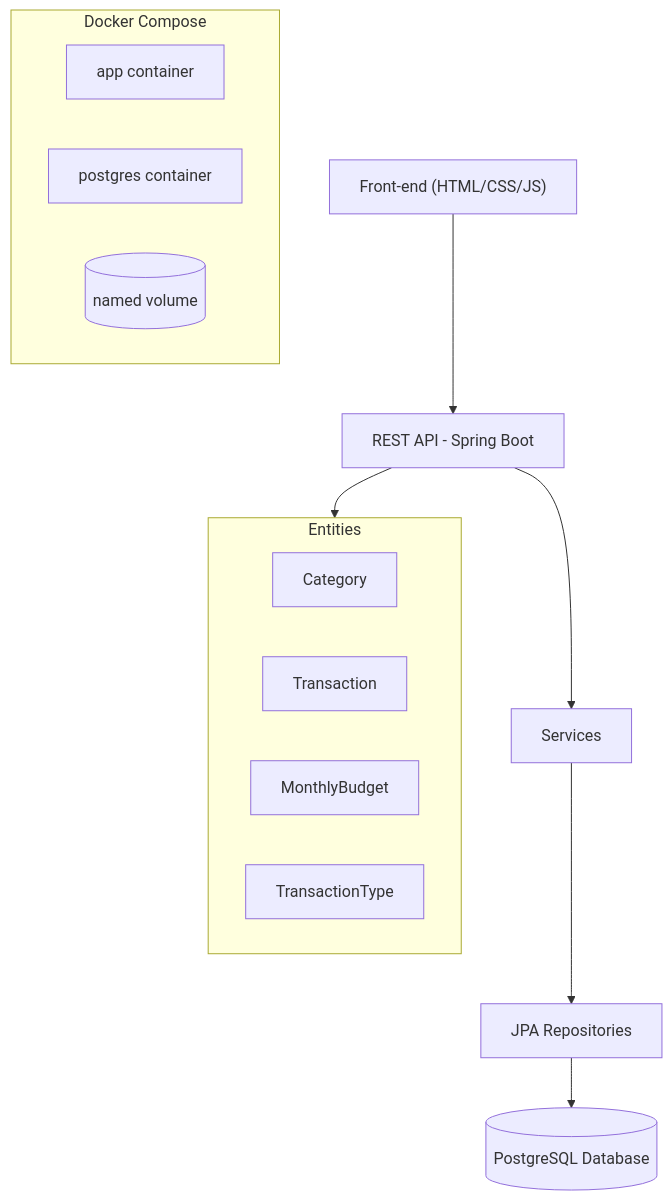
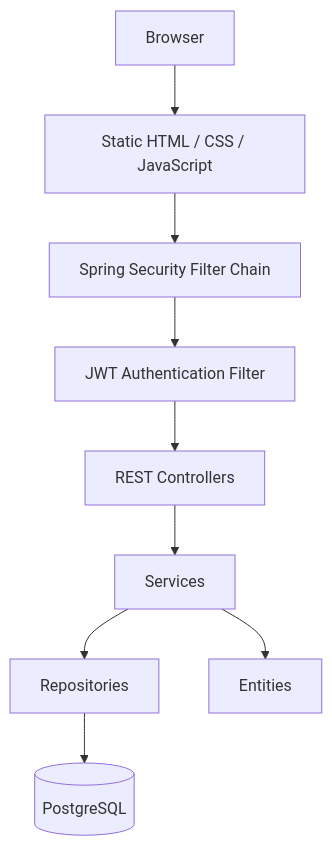
Before and after one commit to Yasmine-Amouri/Stouchi: the diagram in README.md, drawn with Mermaid. The commit also changed other lines of this file, not shown here.

Commit message:
modified the readme to inlcude login feature, jwt

````diff
--- a/README.md
+++ b/README.md
@@ -10,22 +32,14 @@
 ```mermaid
 flowchart TB
-    UI["Front-end (HTML/CSS/JS)"] --> API["REST API - Spring Boot"]
-    API --> SVC["Services"]
-    SVC --> REPO["JPA Repositories"]
-    REPO --> DB[("PostgreSQL Database")]
 
-    subgraph Domain["Entities"]
-        CAT["Category"]
-        TXN["Transaction"]
-        BUD["MonthlyBudget"]
-        TYP["TransactionType"]
-    end
+Browser["Browser"]
+Browser --> Static["Static HTML / CSS / JavaScript"]
+Static --> Security["Spring Security Filter Chain"]
+Security --> JWT["JWT Authentication Filter"]
+JWT --> Controllers["REST Controllers"]
+Controllers --> Services["Services"]
+Services --> Repo["Repositories"]
+Repo --> DB[("PostgreSQL")]
 
-    API --> Domain
-
-    subgraph Docker["Docker Compose"]
-        APP["app container"]
-        PG["postgres container"]
-        VOL[("named volume")]
-    end
+Services --> Domain["Entities"]
 ```
````
